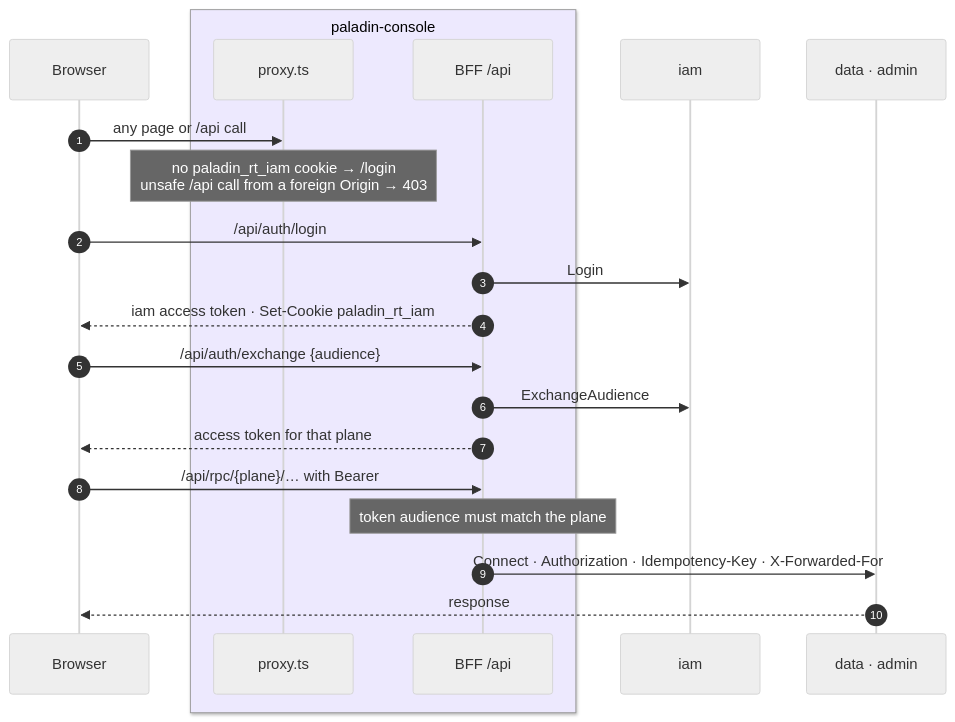
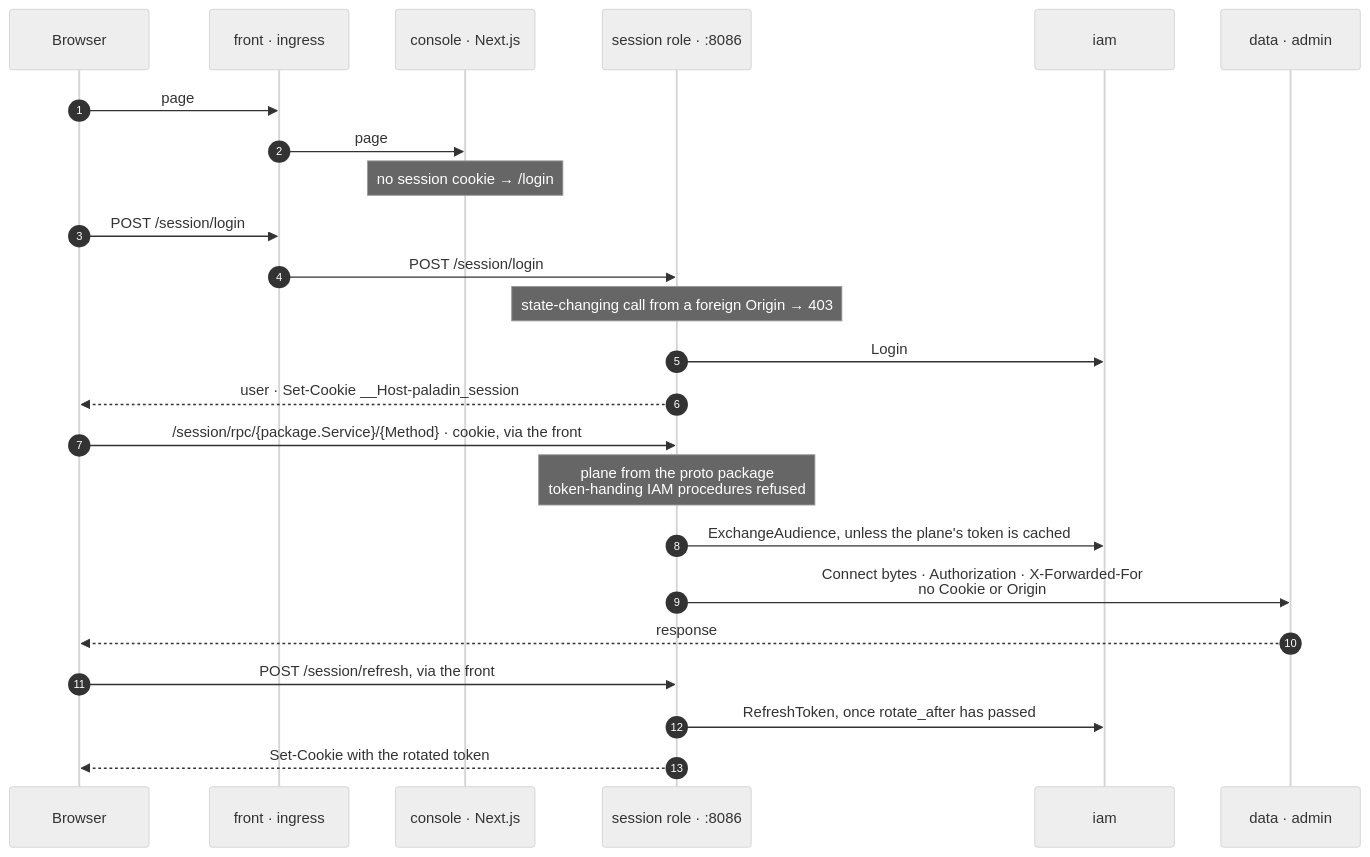
The seventh of 14 diagrams in backend/docs/diagrams.md (oleg-tkachuk/paladin), drawn with Mermaid (neutral theme) before and after one commit. The commit also changed other lines of this file and 10 other files, not shown here.

Commit message:
docs: describe the console and its session role without the BFF

````diff
--- a/backend/docs/diagrams.md
+++ b/backend/docs/diagrams.md
@@ -268,24 +272,27 @@
 ```mermaid
 sequenceDiagram
     autonumber
     participant B as Browser
-    box rgb(237,233,254) paladin-console
-        participant P as proxy.ts
-        participant F as BFF /api
-    end
+    participant F as front · ingress
+    participant C as console · Next.js
+    participant S as session role · :8086
     participant I as iam
     participant D as data · admin
 
-    B->>P: any page or /api call
-    Note over P: no paladin_rt_iam cookie → /login<br/>unsafe /api call from a foreign Origin → 403
-    B->>F: /api/auth/login
-    F->>I: Login
-    F-->>B: iam access token · Set-Cookie paladin_rt_iam
-    B->>F: /api/auth/exchange {audience}
-    F->>I: ExchangeAudience
-    F-->>B: access token for that plane
-    B->>F: /api/rpc/{plane}/… with Bearer
-    Note over F: token audience must match the plane
-    F->>D: Connect · Authorization · Idempotency-Key · X-Forwarded-For
+    B->>F: page
+    F->>C: page
+    Note over C: no session cookie → /login
+    B->>F: POST /session/login
+    F->>S: POST /session/login
+    Note over S: state-changing call from a foreign Origin → 403
+    S->>I: Login
+    S-->>B: user · Set-Cookie __Host-paladin_session
+    B->>S: /session/rpc/{package.Service}/{Method} · cookie, via the front
+    Note over S: plane from the proto package<br/>token-handing IAM procedures refused
+    S->>I: ExchangeAudience, unless the plane's token is cached
+    S->>D: Connect bytes · Authorization · X-Forwarded-For<br/>no Cookie or Origin
     D-->>B: response
+    B->>S: POST /session/refresh, via the front
+    S->>I: RefreshToken, once rotate_after has passed
+    S-->>B: Set-Cookie with the rotated token
 ```
````
